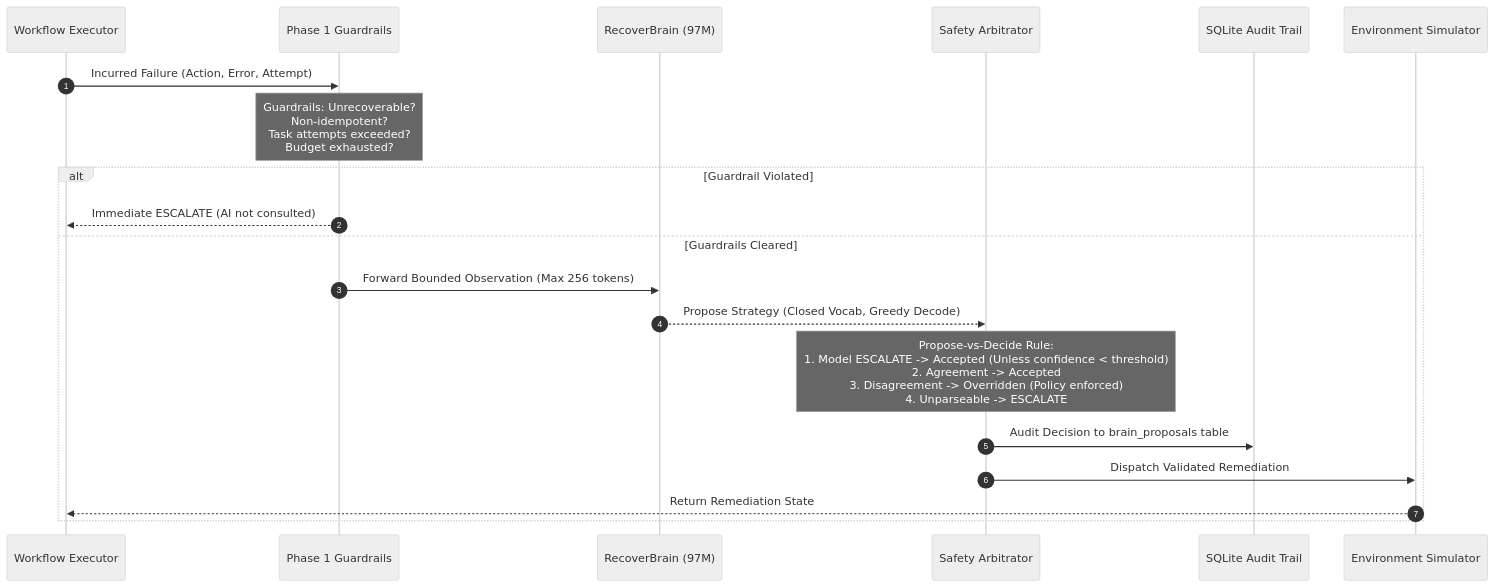
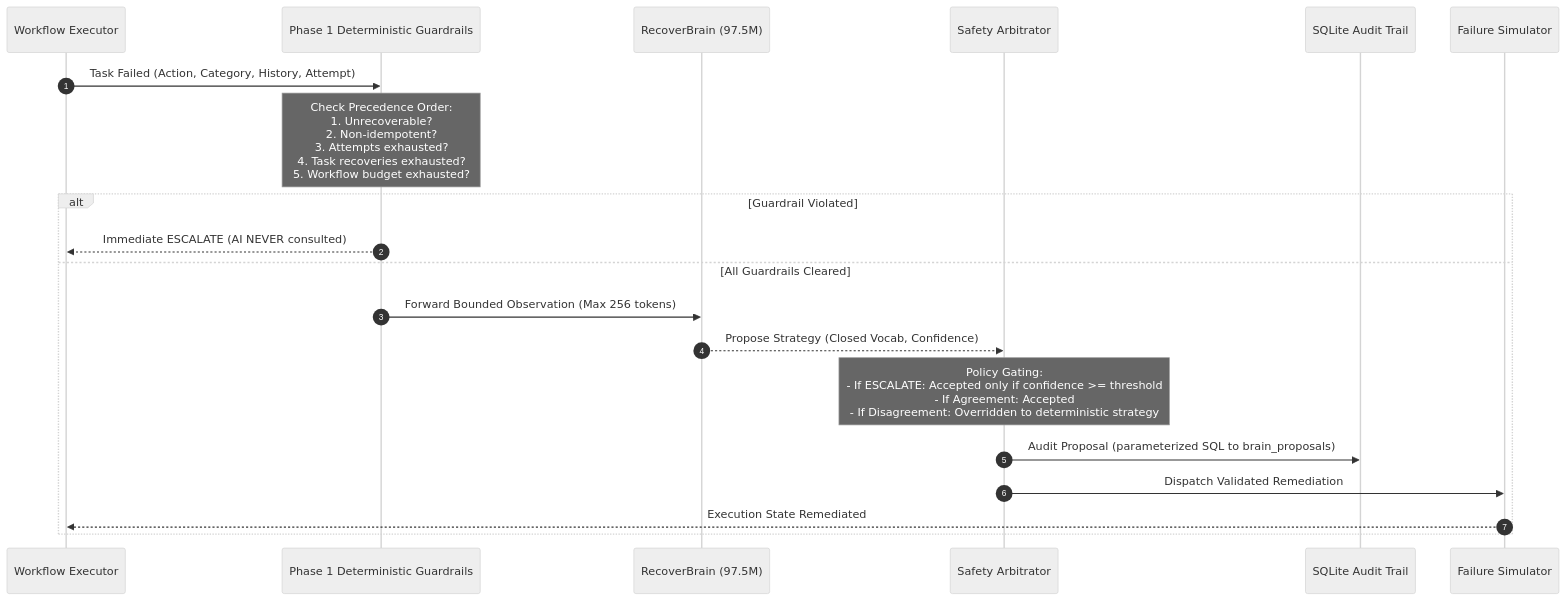
Before and after one commit to AbhayLabs-07/recoverops-ai: the diagram in docs/brain-architecture.md, drawn with Mermaid (neutral theme). The commit also changed other lines of this file and 15 other files, not shown here.

Commit message:
feat(stage2): add history-dependent oracle policy, 3 new failure families, baseline benchmarks, and safety gating

````diff
--- a/docs/brain-architecture.md
+++ b/docs/brain-architecture.md
@@ -25,23 +79,23 @@
 ```mermaid
 sequenceDiagram
     autonumber
-    participant Task as Workflow Executor
-    participant Phase1 as Phase 1 Guardrails
-    participant Advisor as RecoverBrain (97M)
+    participant Engine as Workflow Executor
+    participant Guardrails as Phase 1 Deterministic Guardrails
+    participant Brain as RecoverBrain (97.5M)
     participant Arbitrator as Safety Arbitrator
     participant DB as SQLite Audit Trail
-    participant Sim as Environment Simulator
+    participant Sandbox as Failure Simulator
 
-    Task->>Phase1: Incurred Failure (Action, Error, Attempt)
-    Note over Phase1: Guardrails: Unrecoverable?<br/>Non-idempotent?<br/>Task attempts exceeded?<br/>Budget exhausted?
+    Engine->>Guardrails: Task Failed (Action, Category, History, Attempt)
+    Note over Guardrails: Check Precedence Order:<br/>1. Unrecoverable?<br/>2. Non-idempotent?<br/>3. Attempts exhausted?<br/>4. Task recoveries exhausted?<br/>5. Workflow budget exhausted?
     alt Guardrail Violated
-        Phase1-->>Task: Immediate ESCALATE (AI not consulted)
-    else Guardrails Cleared
-        Phase1->>Advisor: Forward Bounded Observation (Max 256 tokens)
-        Advisor-->>Arbitrator: Propose Strategy (Closed Vocab, Greedy Decode)
-        Note over Arbitrator: Propose-vs-Decide Rule:<br/>1. Model ESCALATE -> Accepted (Unless confidence < threshold)<br/>2. Agreement -> Accepted<br/>3. Disagreement -> Overridden (Policy enforced)<br/>4. Unparseable -> ESCALATE
-        Arbitrator->>DB: Audit Decision to brain_proposals table
-        Arbitrator->>Sim: Dispatch Validated Remediation
-        Sim-->>Task: Return Remediation State
+        Guardrails-->>Engine: Immediate ESCALATE (AI NEVER consulted)
+    else All Guardrails Cleared
+        Guardrails->>Brain: Forward Bounded Observation (Max 256 tokens)
+        Brain-->>Arbitrator: Propose Strategy (Closed Vocab, Confidence)
+        Note over Arbitrator: Policy Gating:<br/>- If ESCALATE: Accepted only if confidence >= threshold<br/>- If Agreement: Accepted<br/>- If Disagreement: Overridden to deterministic strategy
+        Arbitrator->>DB: Audit Proposal (parameterized SQL to brain_proposals)
+        Arbitrator->>Sandbox: Dispatch Validated Remediation
+        Sandbox-->>Engine: Execution State Remediated
     end
 ```
````
